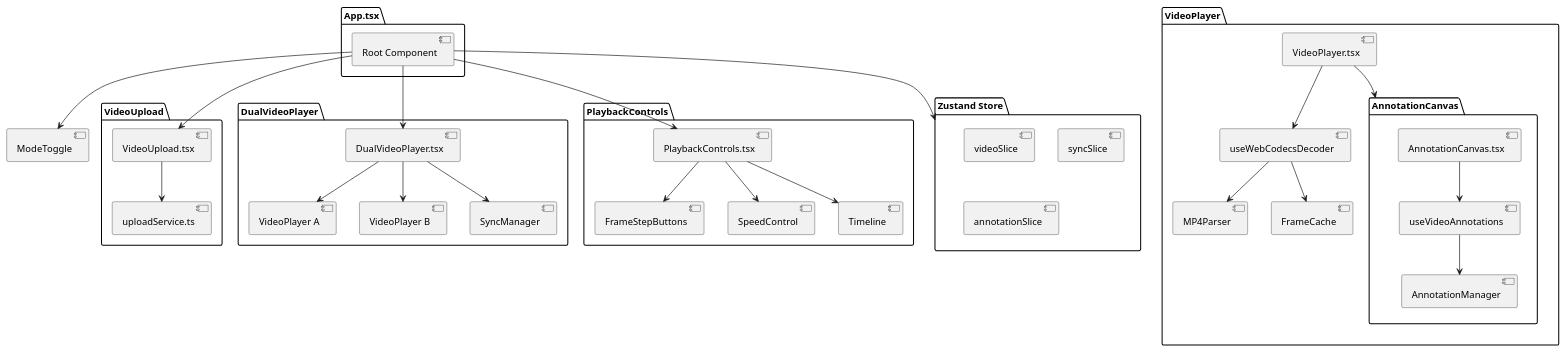
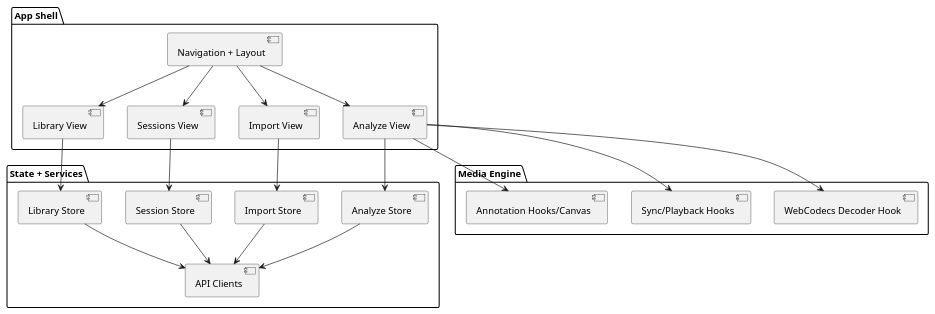
The first of 4 diagrams in docs/FRONTEND_DESIGN.md (timwalsh41/condor), drawn with PlantUML before and after one commit. The commit also changed other lines of this file and 5 other files, not shown here.

````diff
--- a/docs/FRONTEND_DESIGN.md
+++ b/docs/FRONTEND_DESIGN.md
@@ -90,48 +16,45 @@
 ```plantuml
 @startuml
-package "App.tsx" {
-  [Root Component]
+package "App Shell" {
+  [Navigation + Layout] as shell
+  [Analyze View] as analyze
+  [Library View] as library
+  [Sessions View] as sessions
+  [Import View] as import
 }
 
-package "VideoUpload" {
-  [VideoUpload.tsx] --> [uploadService.ts]
+package "State + Services" {
+  [Analyze Store] as aStore
+  [Library Store] as lStore
+  [Session Store] as sStore
+  [Import Store] as iStore
+  [API Clients] as api
 }
 
-package "DualVideoPlayer" {
-  [DualVideoPlayer.tsx] --> [VideoPlayer A]
-  [DualVideoPlayer.tsx] --> [VideoPlayer B]
-  [DualVideoPlayer.tsx] --> [SyncManager]
+package "Media Engine" {
+  [WebCodecs Decoder Hook] as decoder
+  [Sync/Playback Hooks] as sync
+  [Annotation Hooks/Canvas] as anno
 }
 
-package "VideoPlayer" {
-  [VideoPlayer.tsx] --> [useWebCodecsDecoder]
-  [VideoPlayer.tsx] --> [AnnotationCanvas]
-  [useWebCodecsDecoder] --> [MP4Parser]
-  [useWebCodecsDecoder] --> [FrameCache]
-}
+shell --> analyze
+shell --> library
+shell --> sessions
+shell --> import
 
-package "AnnotationCanvas" {
-  [AnnotationCanvas.tsx] --> [useVideoAnnotations]
-  [useVideoAnnotations] --> [AnnotationManager]
-}
+analyze --> aStore
+library --> lStore
+sessions --> sStore
+import --> iStore
 
-package "PlaybackControls" {
-  [PlaybackControls.tsx] --> [FrameStepButtons]
-  [PlaybackControls.tsx] --> [SpeedControl]
-  [PlaybackControls.tsx] --> [Timeline]
-}
+aStore --> api
+lStore --> api
+sStore --> api
+iStore --> api
 
-package "Zustand Store" {
-  [videoSlice]
-  [syncSlice]
-  [annotationSlice]
-}
-
-[Root Component] --> [VideoUpload.tsx]
-[Root Component] --> [DualVideoPlayer.tsx]
-[Root Component] --> [PlaybackControls.tsx]
-[Root Component] --> [ModeToggle]
-[Root Component] --> [Zustand Store]
+analyze --> decoder
+analyze --> sync
+analyze --> anno
 
 @enduml
 ```
````
